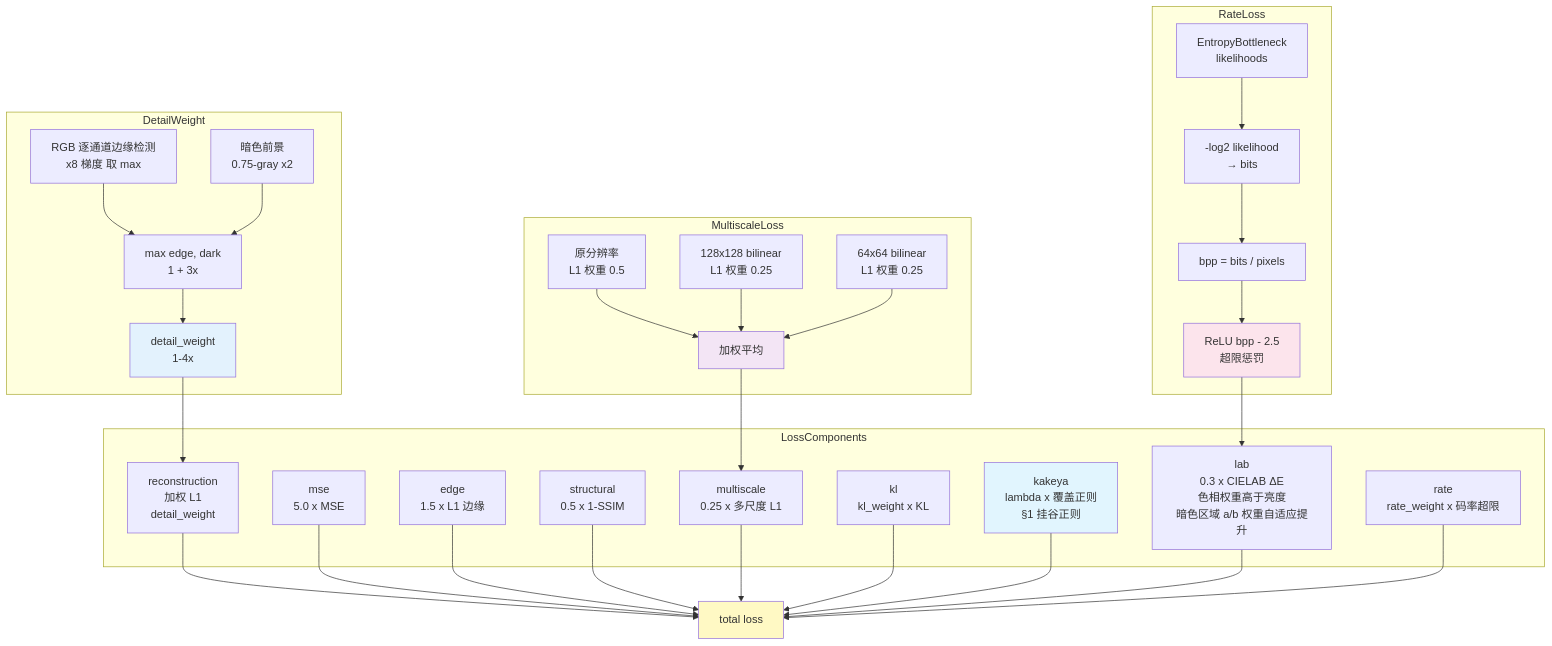
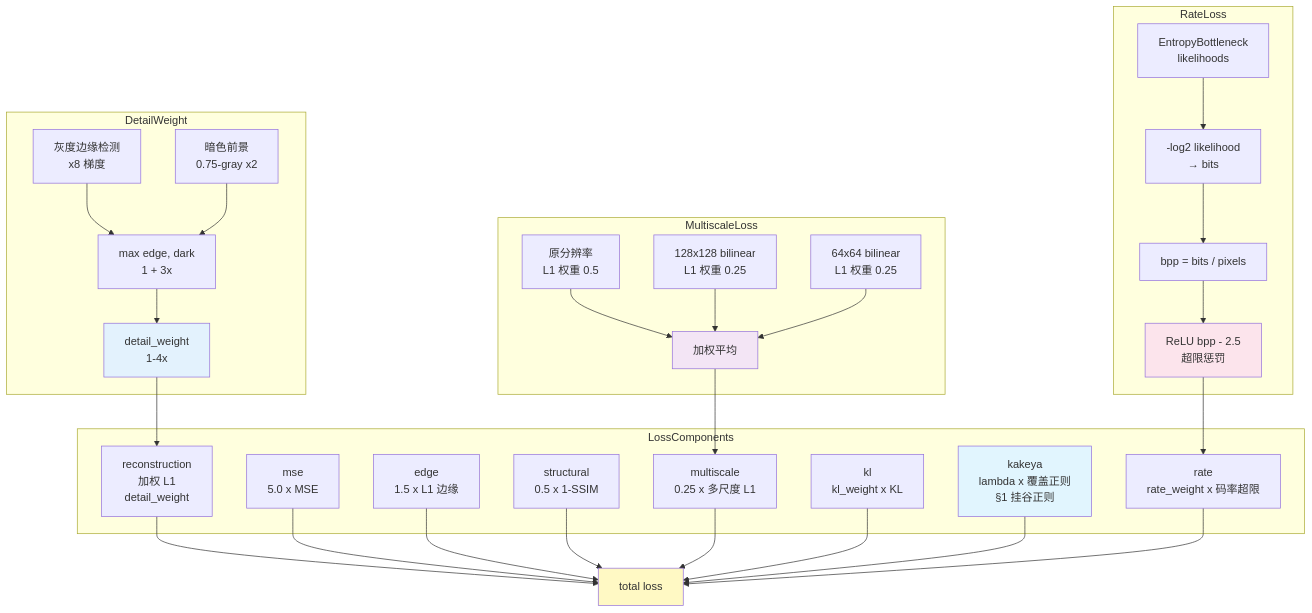
One commit to novvoo/kakeya-vae changed the ninth of 22 diagrams in docs/architecture.md. Above: the diagram before and after it, drawn with Mermaid. The commit also changed other lines of this file and 1 other file, not shown here.

````diff
--- a/docs/architecture.md
+++ b/docs/architecture.md
@@ -397,61 +397,59 @@
 ```mermaid
 graph TD
     subgraph LossComponents
         L1[reconstruction<br/>加权 L1<br/>detail_weight]
         L2[mse<br/>5.0 x MSE]
         L3[edge<br/>1.5 x L1 边缘]
         L4[structural<br/>0.5 x 1-SSIM]
         L5[multiscale<br/>0.25 x 多尺度 L1]
         L6[kl<br/>kl_weight x KL]
         L7[kakeya<br/>lambda x 覆盖正则<br/>§1 挂谷正则]
-        L8[lab<br/>0.3 x CIELAB ΔE<br/>色相权重高于亮度<br/>暗色区域 a/b 权重自适应提升]
-        L9[rate<br/>rate_weight x 码率超限]
+        L8[rate<br/>rate_weight x 码率超限]
     end
 
     L1 --> TOTAL[total loss]
     L2 --> TOTAL
     L3 --> TOTAL
     L4 --> TOTAL
     L5 --> TOTAL
     L6 --> TOTAL
     L7 --> TOTAL
     L8 --> TOTAL
-    L9 --> TOTAL
 
     subgraph DetailWeight
-        DW1[RGB 逐通道边缘检测<br/>x8 梯度 取 max]
+        DW1[灰度边缘检测<br/>x8 梯度]
         DW2[暗色前景<br/>0.75-gray x2]
         DW3[max edge, dark<br/>1 + 3x]
         DW1 --> DW3
         DW2 --> DW3
         DW3 --> DW[detail_weight<br/>1-4x]
         DW --> L1
     end
 
     subgraph MultiscaleLoss
         MS0[原分辨率<br/>L1 权重 0.5]
         MS1[128x128 bilinear<br/>L1 权重 0.25]
         MS2[64x64 bilinear<br/>L1 权重 0.25]
         MS0 --> MS_AVG[加权平均]
         MS1 --> MS_AVG
         MS2 --> MS_AVG
         MS_AVG --> L5
     end
 
     subgraph RateLoss
         RL1[EntropyBottleneck<br/>likelihoods]
         RL2[-log2 likelihood<br/>→ bits]
         RL3[bpp = bits / pixels]
         RL4[ReLU bpp - 2.5<br/>超限惩罚]
         RL1 --> RL2
         RL2 --> RL3
         RL3 --> RL4
         RL4 --> L8
     end
 
     style TOTAL fill:#fff9c4
     style DW fill:#e3f2fd
     style MS_AVG fill:#f3e5f5
     style RL4 fill:#fce4ec
     style L7 fill:#e1f5fe
 ```
````
